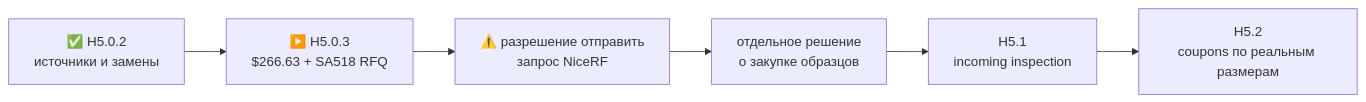
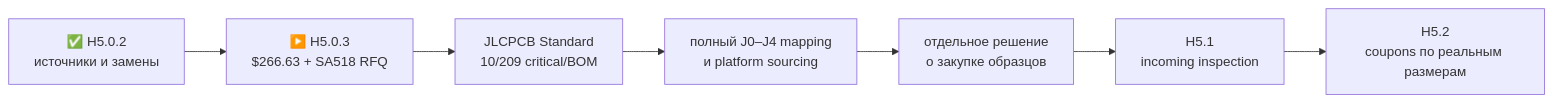
Before and after one commit to anton-vinogradov/esp32-leshy2: the diagram in docs/component-sample-basket.ru.md, drawn with Mermaid. The commit also changed other lines of this file and 21 other files, not shown here.

````diff
--- a/docs/component-sample-basket.ru.md
+++ b/docs/component-sample-basket.ru.md
@@ -7,8 +7,9 @@
 ```mermaid
 flowchart LR
   R["✅ H5.0.2<br/>источники и замены"] --> B["▶️ H5.0.3<br/>$266.63 + SA518 RFQ"]
-  B --> Q["⚠️ разрешение отправить<br/>запрос NiceRF"]
+  B --> P["JLCPCB Standard<br/>10/209 critical/BOM"]
+  P --> Q["полный J0–J4 mapping<br/>и platform sourcing"]
   Q --> A["отдельное решение<br/>о закупке образцов"]
   A --> H51["H5.1<br/>incoming inspection"]
   H51 --> H52["H5.2<br/>coupons по реальным размерам"]
 ```
````
